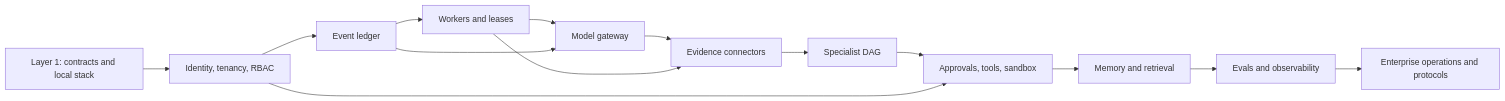
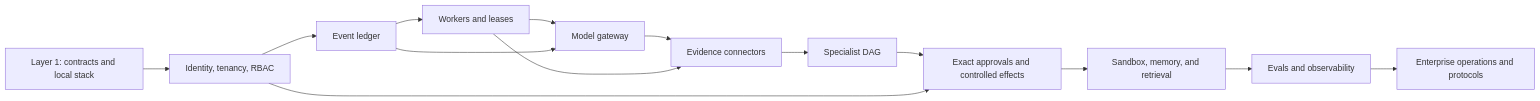
Before and after one commit to mrinmoyece/aegis-agent-platform: the diagram in docs/enterprise-implementation-plan.md, drawn with Mermaid. The commit also changed other lines of this file and 47 other files, not shown here.

````diff
--- a/docs/enterprise-implementation-plan.md
+++ b/docs/enterprise-implementation-plan.md
@@ -37,18 +37,18 @@
 ```mermaid
 flowchart LR
   L1[Layer 1: contracts and local stack]
   L2[Identity, tenancy, RBAC]
   L3[Event ledger]
   L4[Workers and leases]
   L5[Model gateway]
   L6[Evidence connectors]
   L7[Specialist DAG]
-  L8[Approvals, tools, sandbox]
-  L9[Memory and retrieval]
+  L8[Exact approvals and controlled effects]
+  L9[Sandbox, memory, and retrieval]
   L10[Evals and observability]
   L11[Enterprise operations and protocols]
   L1 --> L2 --> L3 --> L4 --> L5 --> L6 --> L7 --> L8 --> L9 --> L10 --> L11
   L3 --> L5
   L4 --> L6
   L2 --> L8
 ```
````
